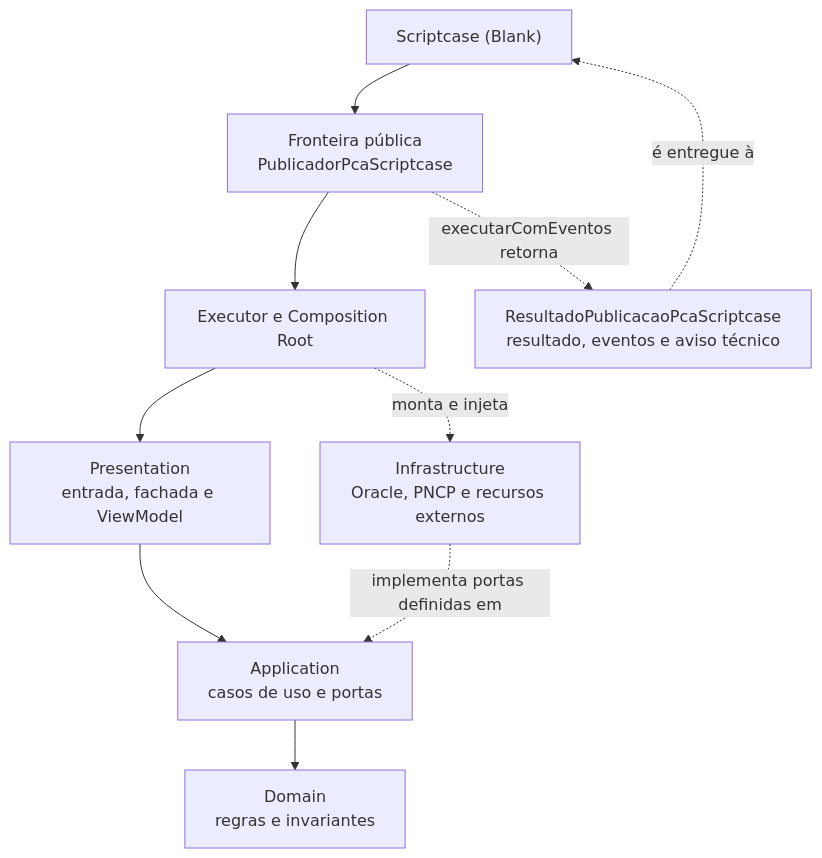
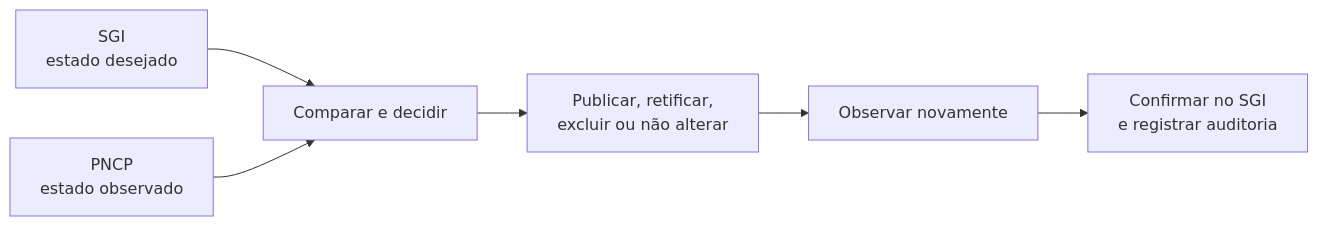
One commit to JhonnyRodrigues/pca-pncp-backend changed the diagram in README.md. Above: the diagram before and after it, drawn with Mermaid. The commit also changed other lines of this file and 49 other files, not shown here.

````diff
--- a/README.md
+++ b/README.md
@@ -101,14 +38,8 @@
 ```mermaid
-flowchart TD
-    blank["Scriptcase (Blank)"] --> publicador["Fronteira pública<br/>PublicadorPcaScriptcase"]
-    publicador --> executor["Executor e Composition Root"]
-    executor --> presentation["Presentation<br/>entrada, fachada e ViewModel"]
-    presentation --> application["Application<br/>casos de uso e portas"]
-    application --> domain["Domain<br/>regras e invariantes"]
-
-    executor -. "monta e injeta" .-> infrastructure["Infrastructure<br/>Oracle, PNCP e recursos externos"]
-    infrastructure -. "implementa portas definidas em" .-> application
-
-    publicador -. "executarComEventos retorna" .-> resultado["ResultadoPublicacaoPcaScriptcase<br/>resultado, eventos e aviso técnico"]
-    resultado -. "é entregue à" .-> blank
+flowchart LR
+    SGI["SGI<br/>estado desejado"] --> DECISAO["Comparar e decidir"]
+    PNCP["PNCP<br/>estado observado"] --> DECISAO
+    DECISAO --> ACAO["Publicar, retificar,<br/>excluir ou não alterar"]
+    ACAO --> OBSERVAR["Observar novamente"]
+    OBSERVAR --> CONFIRMAR["Confirmar no SGI<br/>e registrar auditoria"]
 ```
````
